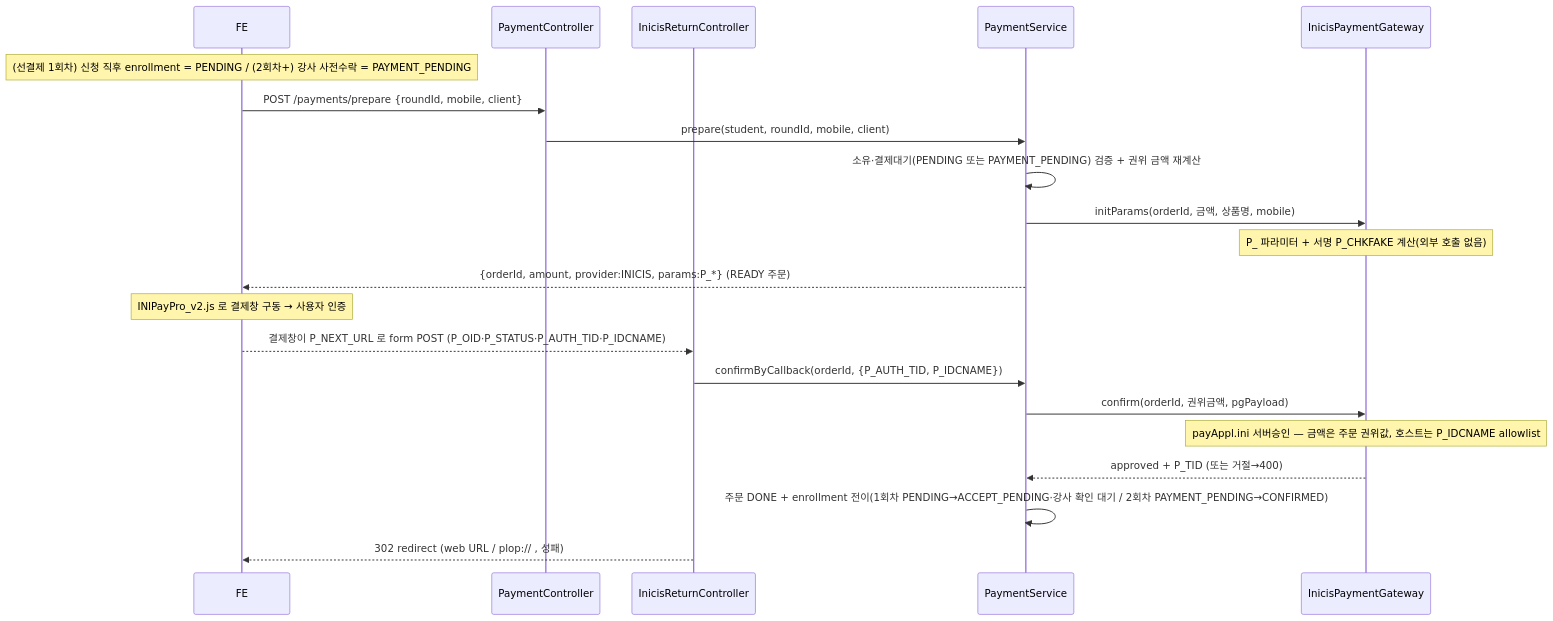
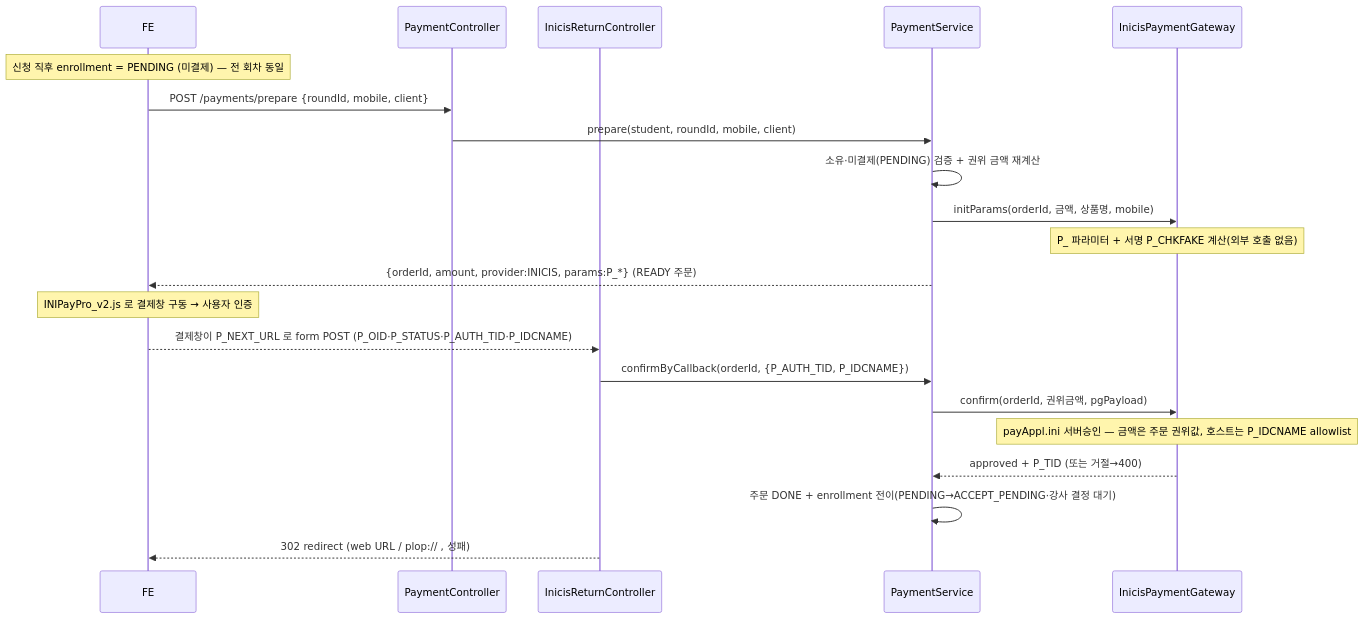
One commit to pungdong/Pungdong-Backend changed the second of 3 diagrams in docs/architecture/payment.md. Above: the diagram before and after it, drawn with Mermaid. The commit also changed other lines of this file and 10 other files, not shown here.

````diff
--- a/docs/architecture/payment.md
+++ b/docs/architecture/payment.md
@@ -44,23 +44,23 @@
 ```mermaid
 sequenceDiagram
     participant FE
     participant Ctl as PaymentController
     participant Ret as InicisReturnController
     participant Svc as PaymentService
     participant PG as InicisPaymentGateway
-    Note over FE: (선결제 1회차) 신청 직후 enrollment = PENDING / (2회차+) 강사 사전수락 = PAYMENT_PENDING
+    Note over FE: 신청 직후 enrollment = PENDING (미결제) — 전 회차 동일
     FE->>Ctl: POST /payments/prepare {roundId, mobile, client}
     Ctl->>Svc: prepare(student, roundId, mobile, client)
-    Svc->>Svc: 소유·결제대기(PENDING 또는 PAYMENT_PENDING) 검증 + 권위 금액 재계산
+    Svc->>Svc: 소유·미결제(PENDING) 검증 + 권위 금액 재계산
     Svc->>PG: initParams(orderId, 금액, 상품명, mobile)
     Note over PG: P_ 파라미터 + 서명 P_CHKFAKE 계산(외부 호출 없음)
     Svc-->>FE: {orderId, amount, provider:INICIS, params:P_*} (READY 주문)
     Note over FE: INIPayPro_v2.js 로 결제창 구동 → 사용자 인증
     FE-->>Ret: 결제창이 P_NEXT_URL 로 form POST (P_OID·P_STATUS·P_AUTH_TID·P_IDCNAME)
     Ret->>Svc: confirmByCallback(orderId, {P_AUTH_TID, P_IDCNAME})
     Svc->>PG: confirm(orderId, 권위금액, pgPayload)
     Note over PG: payAppl.ini 서버승인 — 금액은 주문 권위값, 호스트는 P_IDCNAME allowlist
     PG-->>Svc: approved + P_TID (또는 거절→400)
-    Svc->>Svc: 주문 DONE + enrollment 전이(1회차 PENDING→ACCEPT_PENDING·강사 확인 대기 / 2회차 PAYMENT_PENDING→CONFIRMED)
+    Svc->>Svc: 주문 DONE + enrollment 전이(PENDING→ACCEPT_PENDING·강사 결정 대기)
     Ret-->>FE: 302 redirect (web URL / plop:// , 성패)
 ```
````
